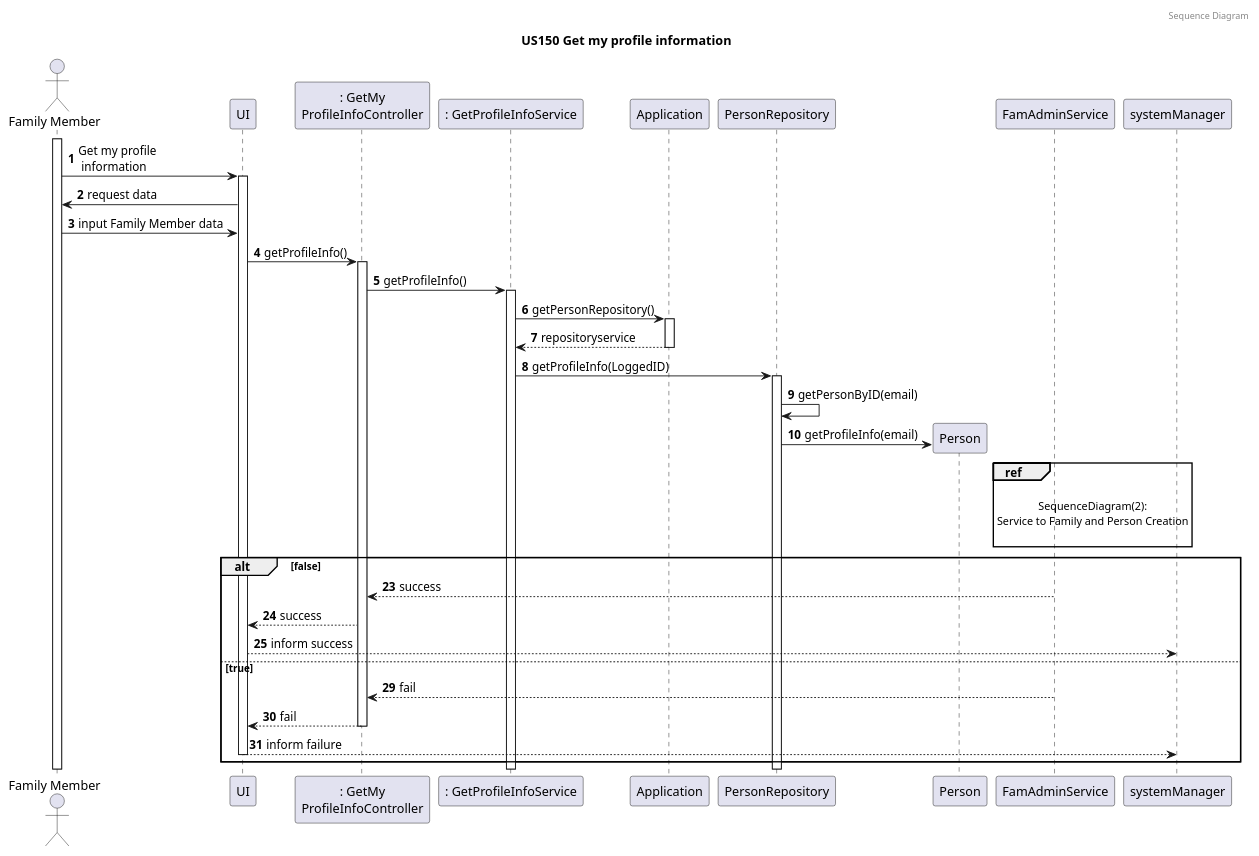
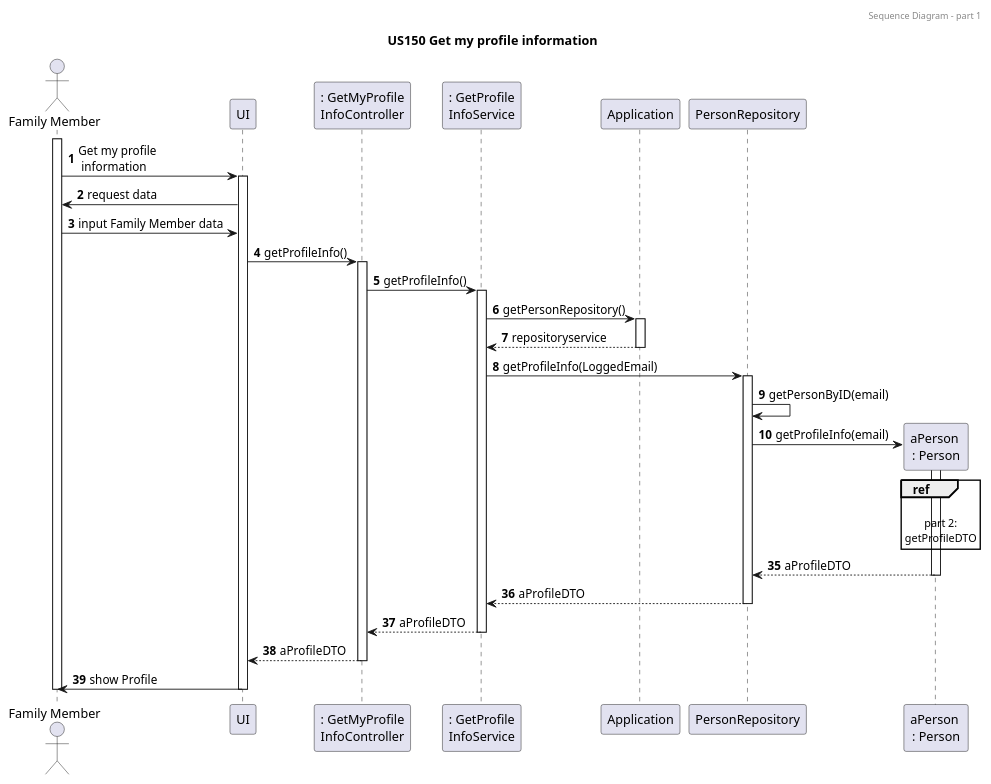
One commit to tomas-osswald/switch_2020_g3 changed the fourth of 5 diagrams in docs/sprint3/user_stories/US150_GetFamilyMemberProfileV2.md. Above: the diagram before and after it, drawn with PlantUML. The commit also changed other lines of this file, not shown here.

Commit message:
sequence diagram updated

`````diff
--- a/docs/sprint3/user_stories/US150_GetFamilyMemberProfileV2.md
+++ b/docs/sprint3/user_stories/US150_GetFamilyMemberProfileV2.md
@@ -271,58 +271,52 @@
 ````puml
 @startuml
 
 autonumber
-header Sequence Diagram
+header Sequence Diagram - part 1
 title US150 Get my profile information
 
 actor "Family Member" as actor
 participant "UI" as UI
-participant ": GetMy\nProfileInfoController" as controller
-participant ": GetProfileInfoService" as service
+participant ": GetMyProfile\nInfoController" as controller
+participant ": GetProfile\nInfoService" as service
 participant "Application" as app
 participant "PersonRepository" as repository
-participant "Person" as person
+participant "aPerson \n: Person" as person
 activate actor
 actor -> UI: Get my profile\n information
 activate UI
 UI -> actor : request data
 actor -> UI : input Family Member data
 UI -> controller : getProfileInfo()
 activate controller
 controller -> service : getProfileInfo()
 activate service
 service -> app : getPersonRepository()
 activate app
 return repositoryservice
-service -> repository : getProfileInfo(LoggedID)
+service -> repository : getProfileInfo(LoggedEmail)
 activate repository
 repository -> repository : getPersonByID(email)
 repository -> person** : getProfileInfo(email)
-ref over FamAdminService
+ref over person
 
-SequenceDiagram(2):
-Service to Family and Person Creation
-
+part 2:
+getProfileDTO
 end
 
-alt #transparent false
-autonumber 23
+autonumber 35
+activate person
+person --> repository : aProfileDTO
+deactivate person
+repository --> service : aProfileDTO
+deactivate repository
+service --> controller : aProfileDTO
+deactivate service
+controller --> UI : aProfileDTO
+deactivate controller
+UI -> actor : show Profile
+deactivate UI
+deactivate actor
 
-FamAdminService --> controller : success
-controller --> UI : success
-UI --> systemManager : inform success
-
-else true
-autonumber 29
-
-FamAdminService --> controller : fail
-deactivate FamAdminService
-
-controller --> UI : fail
-deactivate controller
-UI --> systemManager : inform failure
-deactivate UI
-
-end
 @enduml
 ````
`````
